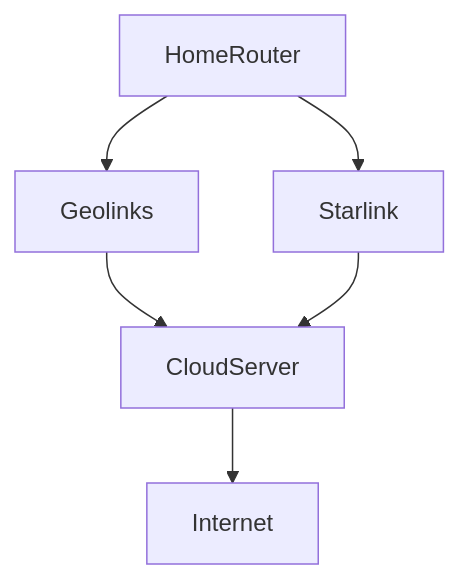
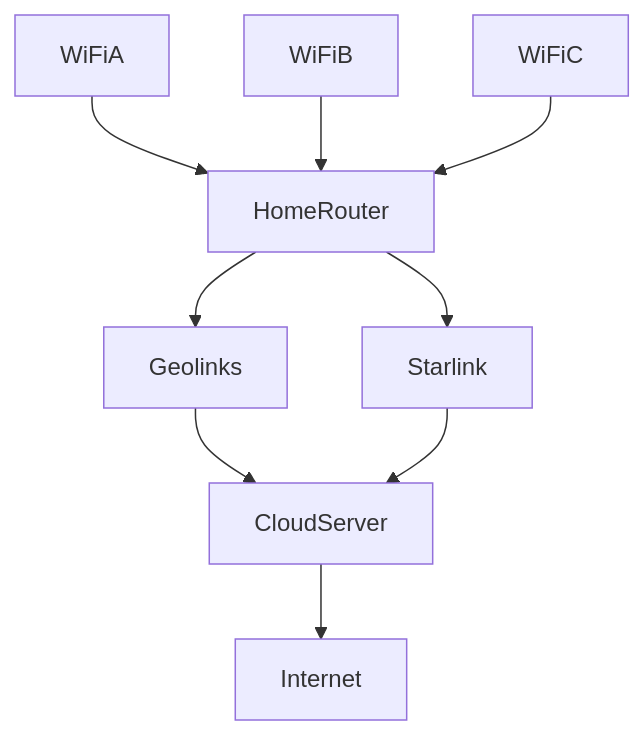
The diagram in content/iamthatiam.org/Bonded Internet Connection.md (thouartthat/iamthatiam), drawn with Mermaid before and after one commit. The commit also changed 1 other file, not shown here.

Commit message:
Added WiFi to bonded internet page

````diff
--- a/content/iamthatiam.org/Bonded Internet Connection.md
+++ b/content/iamthatiam.org/Bonded Internet Connection.md
@@ -13,8 +13,11 @@
 ```mermaid
  graph TD;
+      WiFiA-->HomeRouter;
+      WiFiB-->HomeRouter;
+      WiFiC-->HomeRouter;
       HomeRouter-->Starlink;
       HomeRouter-->Geolinks;
       Geolinks-->CloudServer;
       Starlink-->CloudServer;
 	  CloudServer-->Internet;
 ```
````
